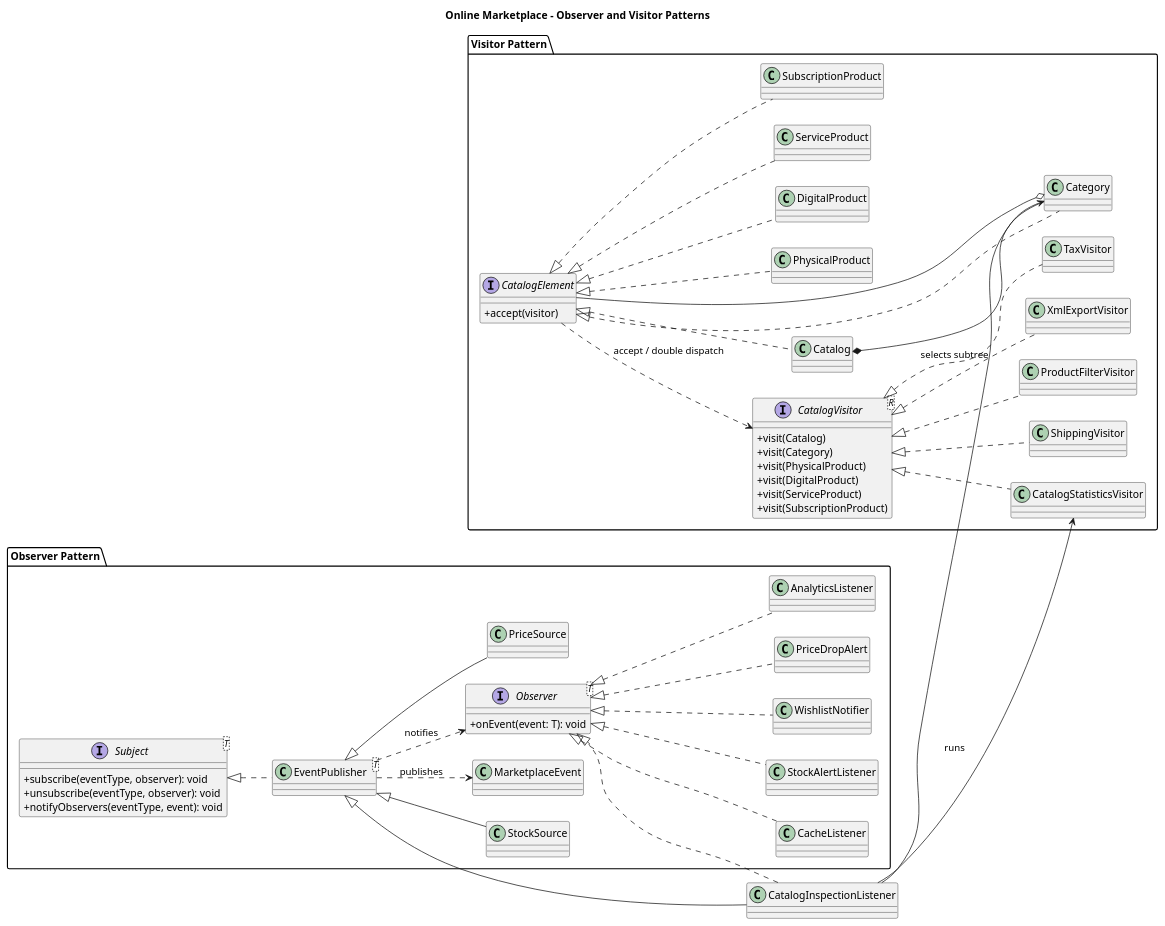
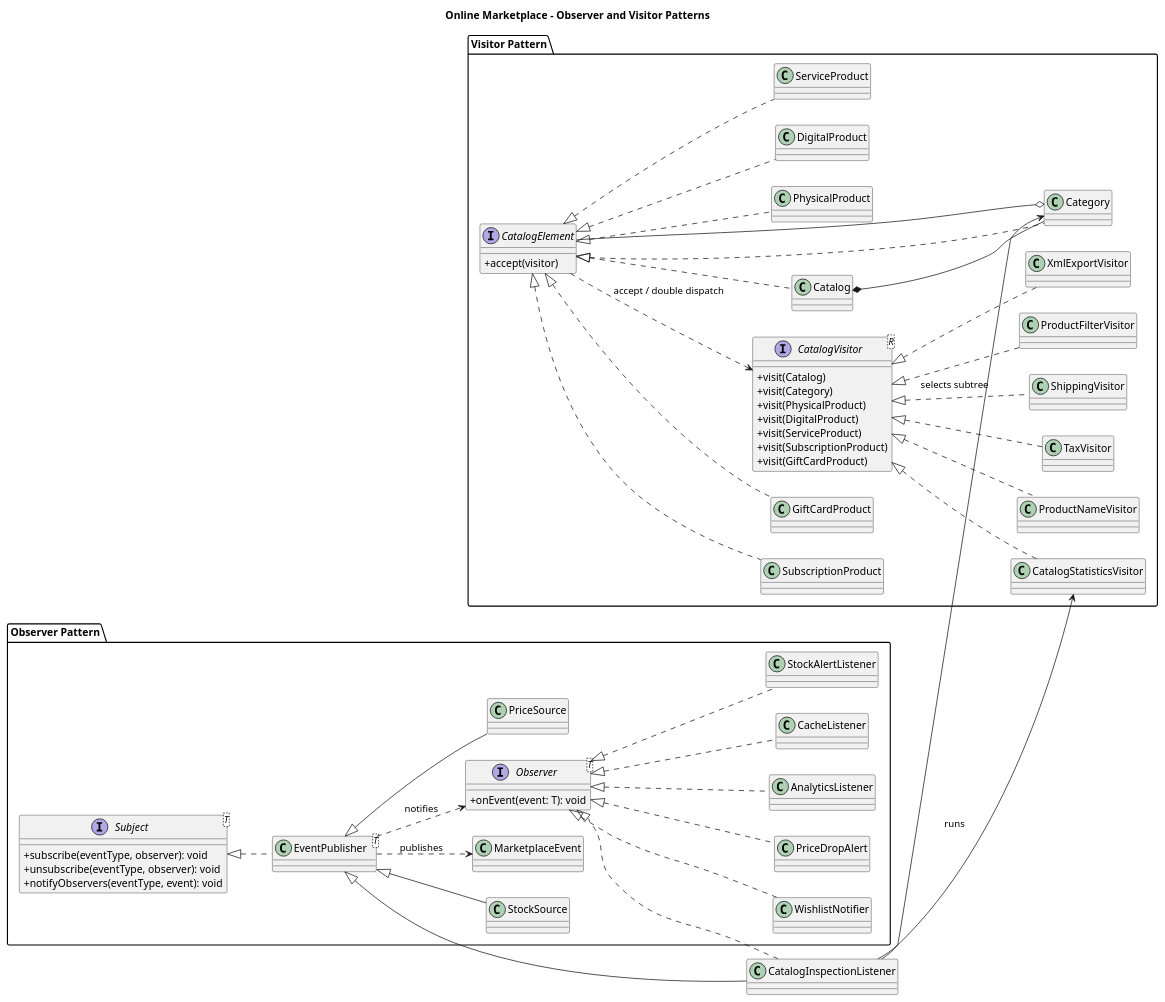
The diagram in docs/architecture.puml (gauarmuhamet-dot/-online-marketplace-assignment-6), drawn with PlantUML before and after one commit. The commit also changed other lines of this file, not shown here.

Commit message:
Update UML diagram and add PNG export

```diff
--- a/docs/architecture.puml
+++ b/docs/architecture.puml
@@ -2,96 +1,101 @@
 @startuml
 title Online Marketplace - Observer and Visitor Patterns
 
 skinparam classAttributeIconSize 0
 left to right direction
 
 package "Observer Pattern" {
     interface "Observer<T>" as Obs {
         +onEvent(event: T): void
     }
 
     interface "Subject<T>" as Sub {
         +subscribe(eventType, observer): void
         +unsubscribe(eventType, observer): void
         +notifyObservers(eventType, event): void
     }
 
     class "EventPublisher<T>" as Pub
     class PriceSource
     class StockSource
     class MarketplaceEvent
 
     class WishlistNotifier
     class PriceDropAlert
     class AnalyticsListener
     class CacheListener
     class StockAlertListener
 
     Sub <|.. Pub
     Pub <|-- PriceSource
     Pub <|-- StockSource
 
     Obs <|.. WishlistNotifier
     Obs <|.. PriceDropAlert
     Obs <|.. AnalyticsListener
     Obs <|.. CacheListener
     Obs <|.. StockAlertListener
 
     Pub ..> Obs : notifies
     Pub ..> MarketplaceEvent : publishes
 }
 
 package "Visitor Pattern" {
     interface CatalogElement {
         +accept(visitor)
     }
 
     interface "CatalogVisitor<R>" as CV {
         +visit(Catalog)
         +visit(Category)
         +visit(PhysicalProduct)
         +visit(DigitalProduct)
         +visit(ServiceProduct)
         +visit(SubscriptionProduct)
+        +visit(GiftCardProduct)
     }
 
     class Catalog
     class Category
     class PhysicalProduct
     class DigitalProduct
     class ServiceProduct
     class SubscriptionProduct
+    class GiftCardProduct
 
     class TaxVisitor
     class ShippingVisitor
     class CatalogStatisticsVisitor
     class ProductFilterVisitor
     class XmlExportVisitor
+    class ProductNameVisitor
 
     CatalogElement <|.. Catalog
     CatalogElement <|.. Category
     CatalogElement <|.. PhysicalProduct
     CatalogElement <|.. DigitalProduct
     CatalogElement <|.. ServiceProduct
     CatalogElement <|.. SubscriptionProduct
+    CatalogElement <|.. GiftCardProduct
 
     Catalog *-- Category
     Category o-- CatalogElement
 
     CV <|.. TaxVisitor
     CV <|.. ShippingVisitor
     CV <|.. CatalogStatisticsVisitor
     CV <|.. ProductFilterVisitor
     CV <|.. XmlExportVisitor
+    CV <|.. ProductNameVisitor
 
     CatalogElement ..> CV : accept / double dispatch
 }
 
 class CatalogInspectionListener
 
 Obs <|.. CatalogInspectionListener
 Pub <|-- CatalogInspectionListener
 CatalogInspectionListener --> Category : selects subtree
 CatalogInspectionListener --> CatalogStatisticsVisitor : runs
 
 @enduml
```
